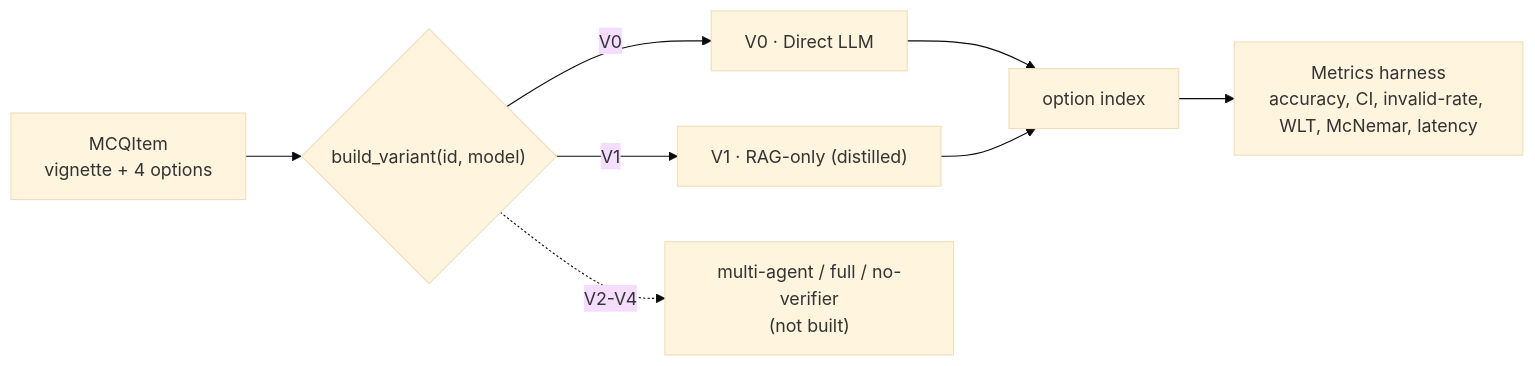
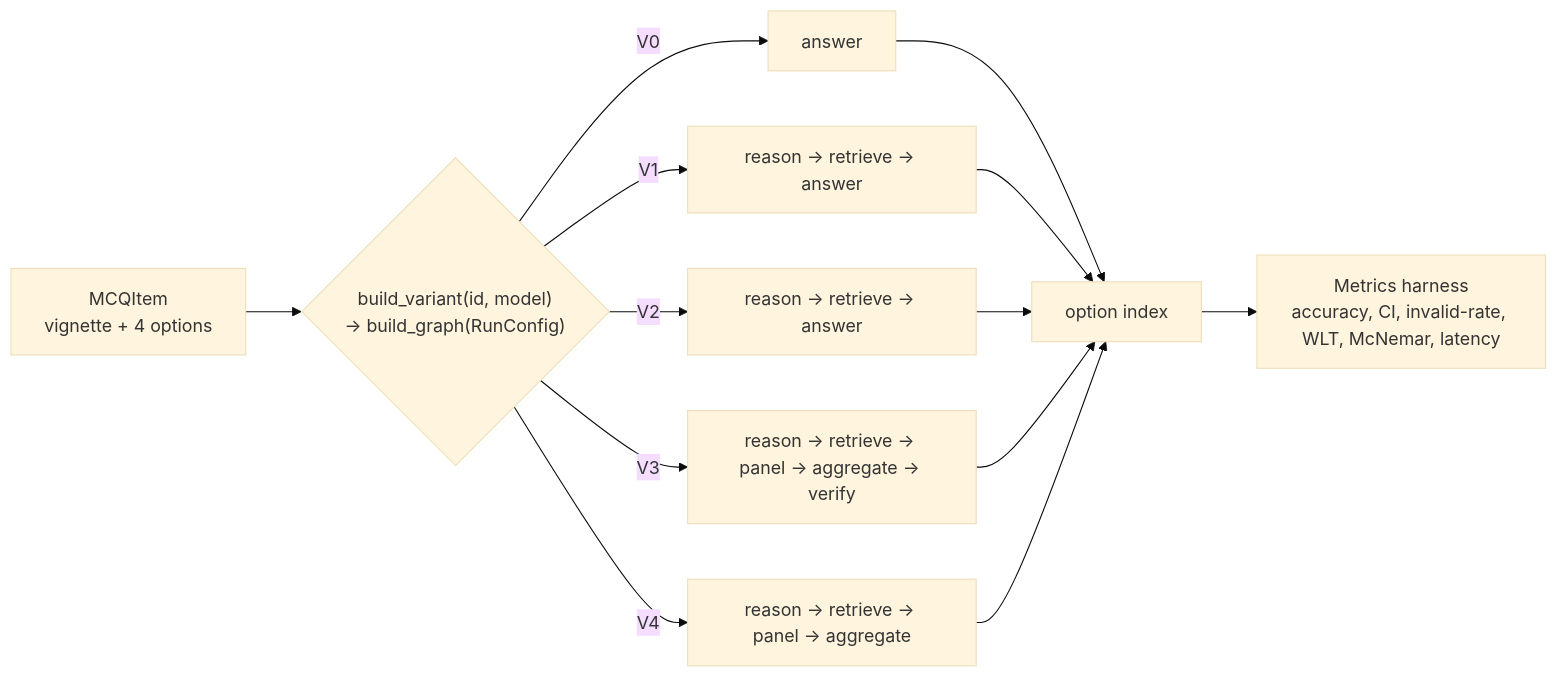
The first of 5 diagrams in docs/ARCHITECTURE.md (tigonguyen/langgraph-agent-hospital), drawn with Mermaid (base theme) before and after one commit. The commit also changed other lines of this file and 4 other files, not shown here.

````diff
--- a/docs/ARCHITECTURE.md
+++ b/docs/ARCHITECTURE.md
@@ -15,10 +15,11 @@
 ```mermaid
 flowchart LR
-    item["MCQItem<br/>vignette + 4 options"] --> sw{"build_variant(id, model)"}
-    sw -->|V0| v0["V0 · Direct LLM"]
-    sw -->|V1| v1["V1 · RAG-only (distilled)"]
-    sw -.->|V2-V4| stub["multi-agent / full / no-verifier<br/>(not built)"]
-    v0 --> ans["option index"]
-    v1 --> ans
+    item["MCQItem<br/>vignette + 4 options"] --> sw{"build_variant(id, model)<br/>→ build_graph(RunConfig)"}
+    sw -->|V0| v0["answer"]
+    sw -->|V1| v1["reason → retrieve → answer"]
+    sw -->|V2| v2["reason → retrieve → answer"]
+    sw -->|V3| v3["reason → retrieve → panel → aggregate → verify"]
+    sw -->|V4| v4["reason → retrieve → panel → aggregate"]
+    v0 & v1 & v2 & v3 & v4 --> ans["option index"]
     ans --> eval["Metrics harness<br/>accuracy, CI, invalid-rate, WLT, McNemar, latency"]
 ```
````
